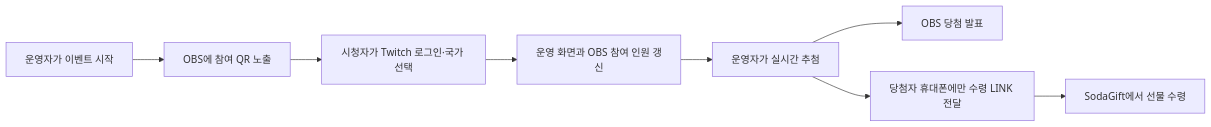
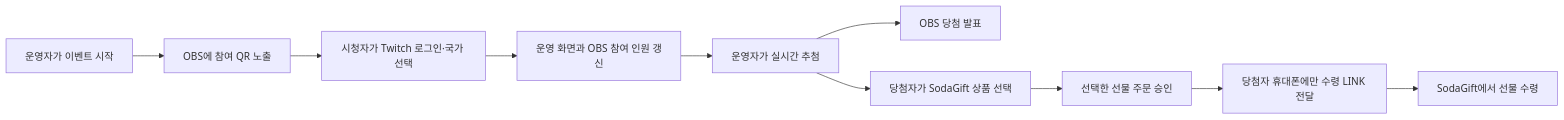
Before and after one commit to Changjae-LE/socal-k-group-hackathon: the diagram in README.md, drawn with Mermaid. The commit also changed other lines of this file and 7 other files, not shown here.

````diff
--- a/README.md
+++ b/README.md
@@ -25,10 +25,12 @@
 ```mermaid
 flowchart LR
     A[운영자가 이벤트 시작] --> B[OBS에 참여 QR 노출]
     B --> C[시청자가 Twitch 로그인·국가 선택]
     C --> D[운영 화면과 OBS 참여 인원 갱신]
     D --> E[운영자가 실시간 추첨]
     E --> F[OBS 당첨 발표]
-    E --> G[당첨자 휴대폰에만 수령 LINK 전달]
-    G --> H[SodaGift에서 선물 수령]
+    E --> G[당첨자가 SodaGift 상품 선택]
+    G --> H[선택한 선물 주문 승인]
+    H --> I[당첨자 휴대폰에만 수령 LINK 전달]
+    I --> J[SodaGift에서 선물 수령]
 ```
````
